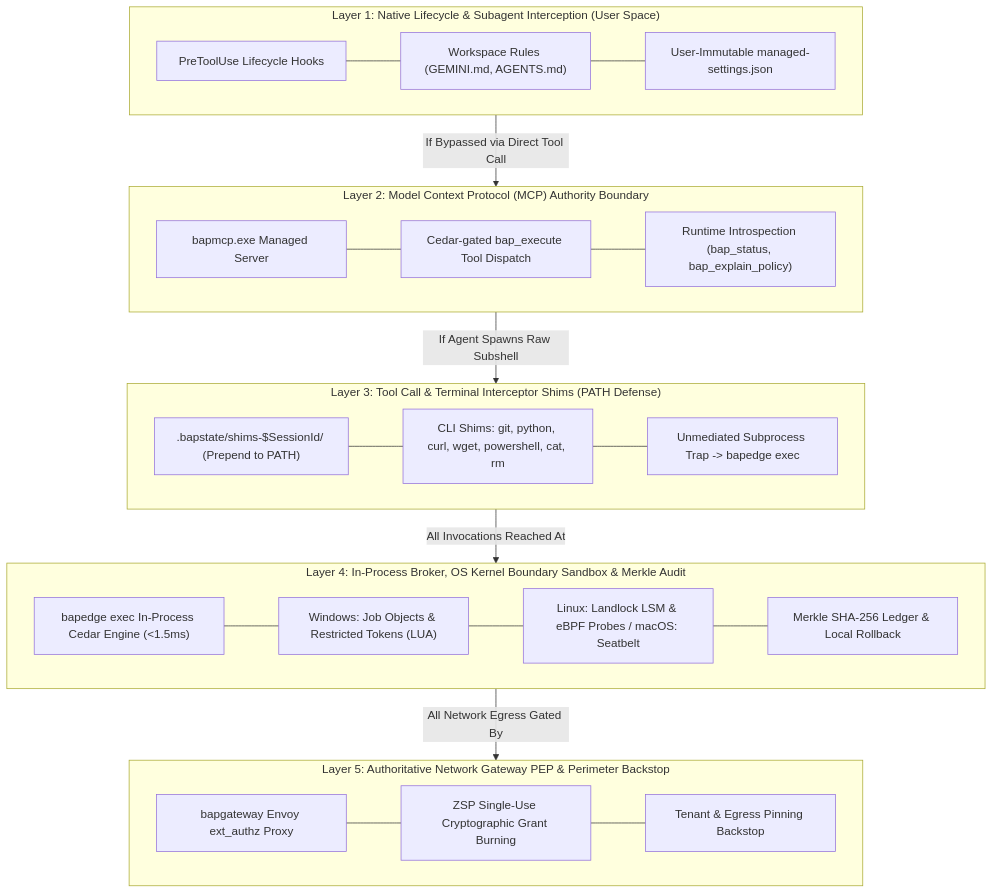
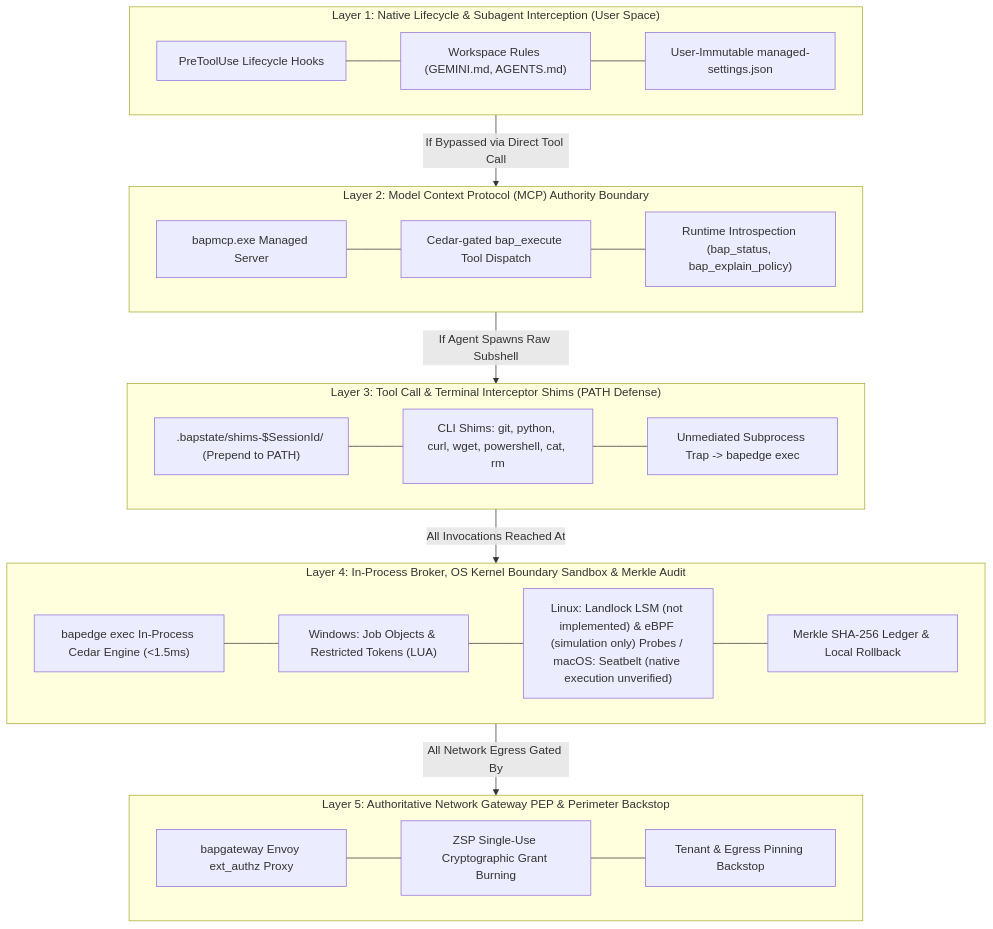
Before and after one commit to anandbap/bapltd: the sixth of 16 diagrams in ARCHITECTURE.md, drawn with Mermaid. The commit also changed other lines of this file and 53 other files, not shown here.

````diff
--- a/ARCHITECTURE.md
+++ b/ARCHITECTURE.md
@@ -603,43 +603,43 @@
 ```mermaid
 graph TD
     subgraph Layer1 ["Layer 1: Native Lifecycle & Subagent Interception (User Space)"]
         H1["PreToolUse Lifecycle Hooks"]
         H2["Workspace Rules (GEMINI.md, AGENTS.md)"]
         H3["User-Immutable managed-settings.json"]
         H1 --- H2 --- H3
     end
 
     subgraph Layer2 ["Layer 2: Model Context Protocol (MCP) Authority Boundary"]
         M1["bapmcp.exe Managed Server"]
         M2["Cedar-gated bap_execute Tool Dispatch"]
         M3["Runtime Introspection (bap_status, bap_explain_policy)"]
         M1 --- M2 --- M3
     end
 
     subgraph Layer3 ["Layer 3: Tool Call & Terminal Interceptor Shims (PATH Defense)"]
         S1[".bapstate/shims-$SessionId/ (Prepend to PATH)"]
         S2["CLI Shims: git, python, curl, wget, powershell, cat, rm"]
         S3["Unmediated Subprocess Trap -> bapedge exec"]
         S1 --- S2 --- S3
     end
 
     subgraph Layer4 ["Layer 4: In-Process Broker, OS Kernel Boundary Sandbox & Merkle Audit"]
         K1["bapedge exec In-Process Cedar Engine (<1.5ms)"]
         K2["Windows: Job Objects & Restricted Tokens (LUA)"]
-        K3["Linux: Landlock LSM & eBPF Probes / macOS: Seatbelt"]
+        K3["Linux: Landlock LSM (not implemented) & eBPF (simulation only) Probes / macOS: Seatbelt (native execution unverified)"]
         K4["Merkle SHA-256 Ledger & Local Rollback"]
         K1 --- K2 --- K3 --- K4
     end
 
     subgraph Layer5 ["Layer 5: Authoritative Network Gateway PEP & Perimeter Backstop"]
         G1["bapgateway Envoy ext_authz Proxy"]
         G2["ZSP Single-Use Cryptographic Grant Burning"]
         G3["Tenant & Egress Pinning Backstop"]
         G1 --- G2 --- G3
     end
 
     Layer1 -->|If Bypassed via Direct Tool Call| Layer2
     Layer2 -->|If Agent Spawns Raw Subshell| Layer3
     Layer3 -->|All Invocations Reached At| Layer4
     Layer4 -->|All Network Egress Gated By| Layer5
 ```
````
